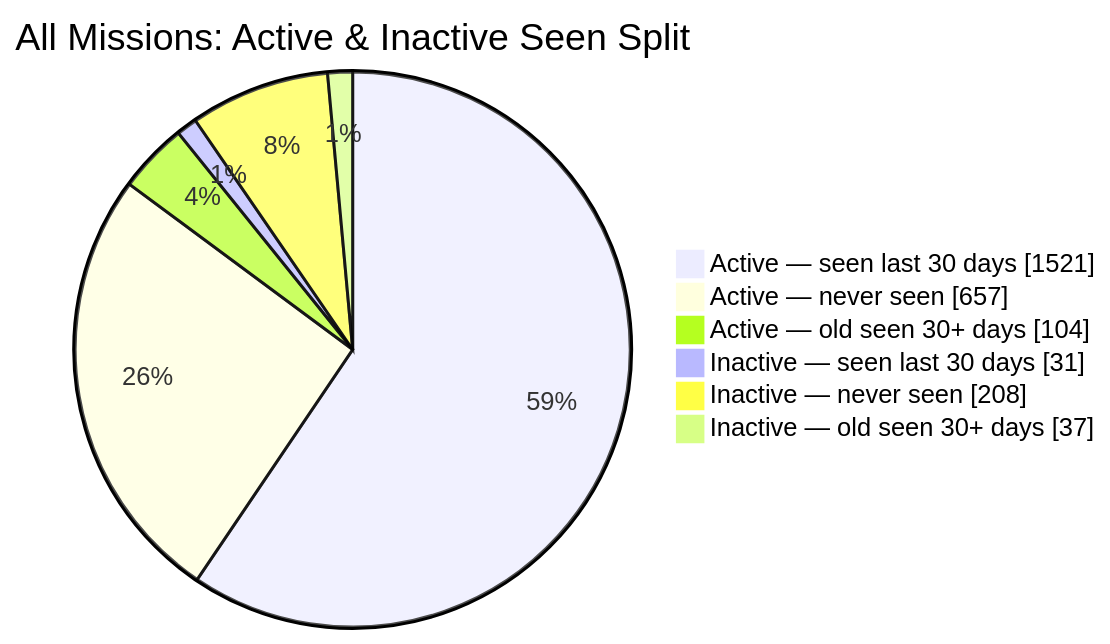
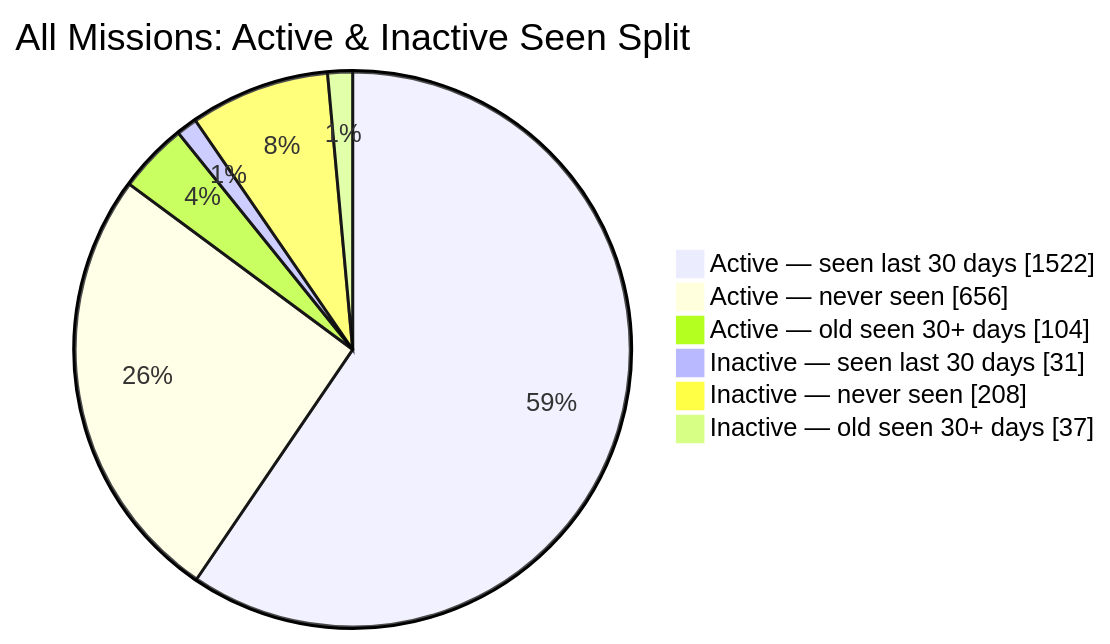
One commit to MeldkamerspelGameTeam/active-missions changed the second of 2 diagrams in README.md. Above: the diagram before and after it, drawn with Mermaid. The commit also changed other lines of this file and 2 other files, not shown here.

````diff
--- a/README.md
+++ b/README.md
@@ -44,10 +44,10 @@
 ```mermaid
 pie showData
     title All Missions: Active & Inactive Seen Split
-    "Active — seen last 30 days" : 1521
-    "Active — never seen" : 657
+    "Active — seen last 30 days" : 1522
+    "Active — never seen" : 656
     "Active — old seen 30+ days" : 104
     "Inactive — seen last 30 days" : 31
     "Inactive — never seen" : 208
     "Inactive — old seen 30+ days" : 37
 ```
````
